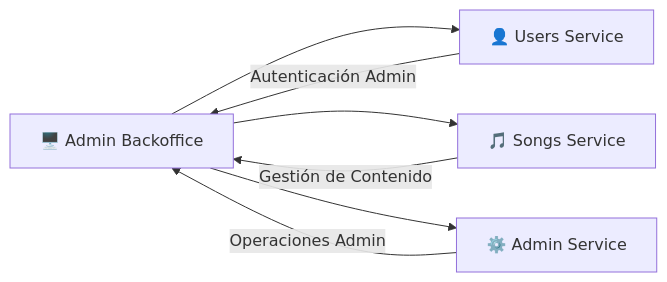
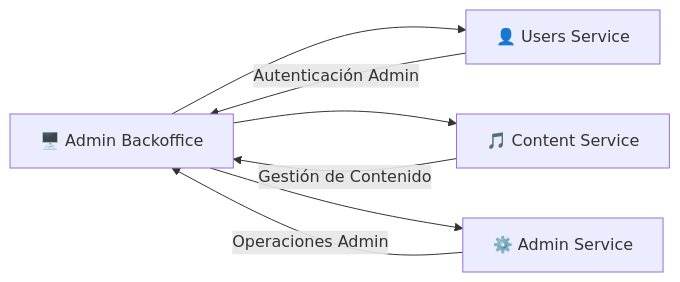
One commit to Melodia-FIUBA/docs changed the diagram in docs/services/admin-backoffice.md. Above: the diagram before and after it, drawn with Mermaid. The commit also changed 9 other files, not shown here.

Commit message:
change songs service for content service

````diff
--- a/docs/services/admin-backoffice.md
+++ b/docs/services/admin-backoffice.md
@@ -11,12 +11,12 @@
 ```mermaid
 graph LR
     Admin[🖥️ Admin Backoffice]
 
     Admin --> Users[👤 Users Service]
-    Admin --> Songs[🎵 Songs Service]
+    Admin --> Songs[🎵 Content Service]
     Admin --> AdminSvc[⚙️ Admin Service]
 
     Users --> |Autenticación Admin| Admin
     Songs --> |Gestión de Contenido| Admin
     AdminSvc --> |Operaciones Admin| Admin
 ```
````
